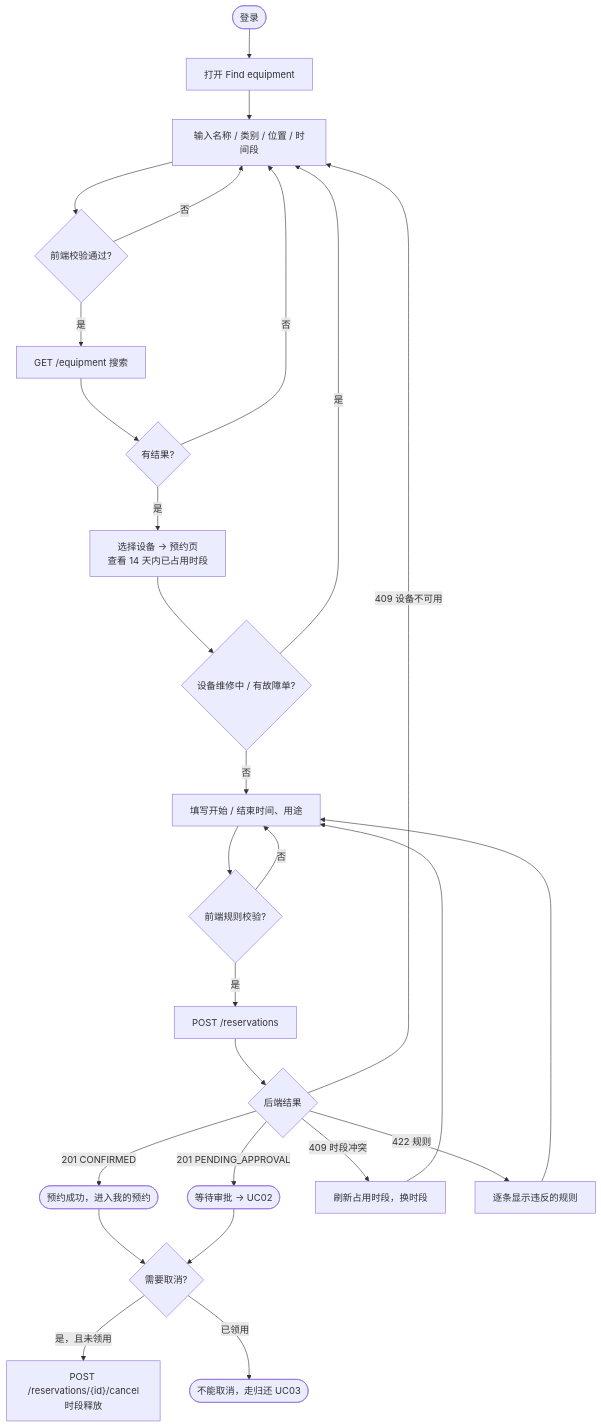
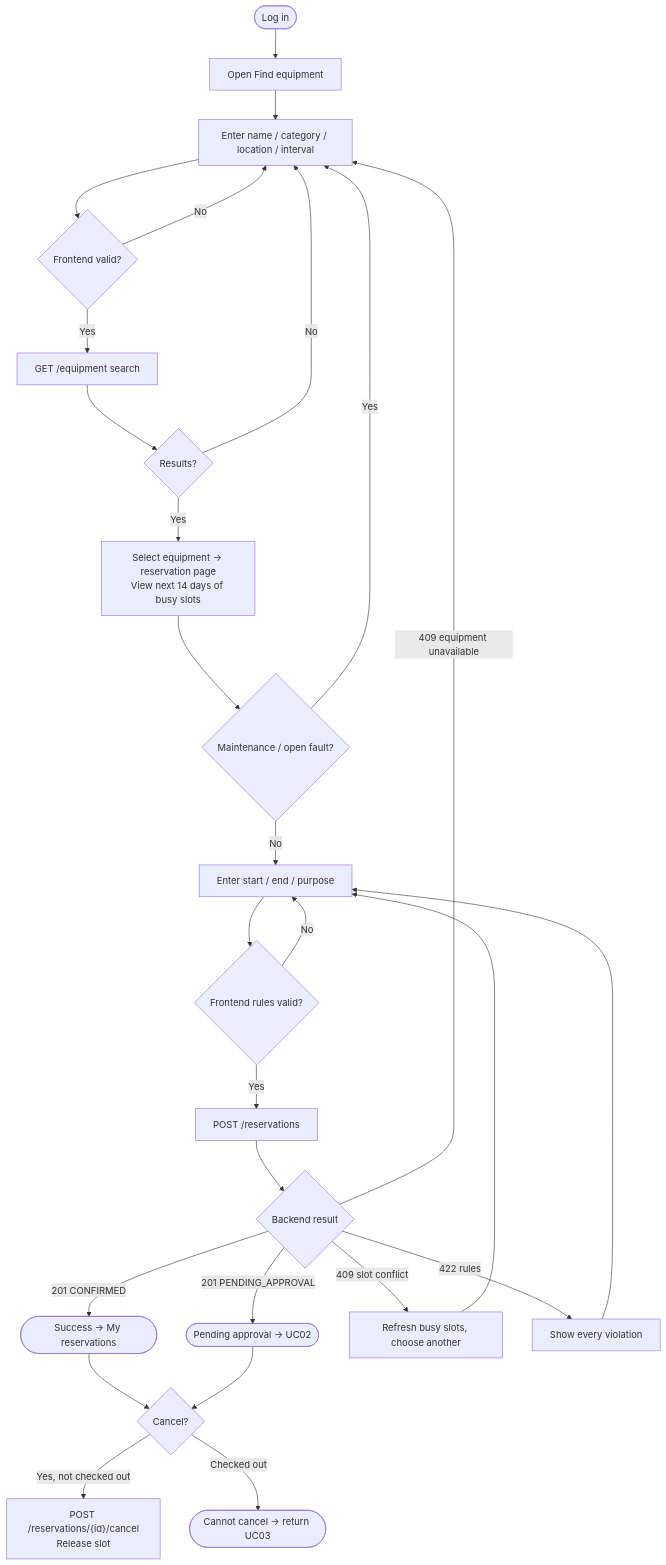
The diagram in docs/diagrams/uc01-activity.mmd (YukiOvOb/AGFP), drawn with Mermaid before and after one commit. The commit also changed 50 other files, not shown here.

```diff
--- a/docs/diagrams/uc01-activity.mmd
+++ b/docs/diagrams/uc01-activity.mmd
@@ -1,26 +1,26 @@
-%% UC01 搜索并预约设备 — 活动图（借用人视角）
+%% UC01 Search and Reserve Equipment — Activity Diagram (Borrower)
 flowchart TD
-  A([登录]) --> B[打开 Find equipment]
-  B --> C[输入名称 / 类别 / 位置 / 时间段]
-  C --> D{前端校验通过?}
-  D -- 否 --> C
-  D -- 是 --> E[GET /equipment 搜索]
-  E --> F{有结果?}
-  F -- 否 --> C
-  F -- 是 --> G[选择设备 → 预约页<br/>查看 14 天内已占用时段]
-  G --> H{设备维修中 / 有故障单?}
-  H -- 是 --> C
-  H -- 否 --> I[填写开始 / 结束时间、用途]
-  I --> J{前端规则校验?}
-  J -- 否 --> I
-  J -- 是 --> K[POST /reservations]
-  K --> L{后端结果}
-  L -- 201 CONFIRMED --> M([预约成功，进入我的预约])
-  L -- 201 PENDING_APPROVAL --> N([等待审批 → UC02])
-  L -- 409 时段冲突 --> O[刷新占用时段，换时段] --> I
-  L -- 422 规则 --> P[逐条显示违反的规则] --> I
-  L -- 409 设备不可用 --> C
-  M --> Q{需要取消?}
+  A([Log in]) --> B[Open Find equipment]
+  B --> C[Enter name / category / location / interval]
+  C --> D{Frontend valid?}
+  D -- No --> C
+  D -- Yes --> E[GET /equipment search]
+  E --> F{Results?}
+  F -- No --> C
+  F -- Yes --> G[Select equipment → reservation page<br/>View next 14 days of busy slots]
+  G --> H{Maintenance / open fault?}
+  H -- Yes --> C
+  H -- No --> I[Enter start / end / purpose]
+  I --> J{Frontend rules valid?}
+  J -- No --> I
+  J -- Yes --> K[POST /reservations]
+  K --> L{Backend result}
+  L -- 201 CONFIRMED --> M([Success → My reservations])
+  L -- 201 PENDING_APPROVAL --> N([Pending approval → UC02])
+  L -- 409 slot conflict --> O[Refresh busy slots, choose another] --> I
+  L -- 422 rules --> P[Show every violation] --> I
+  L -- 409 equipment unavailable --> C
+  M --> Q{Cancel?}
   N --> Q
-  Q -- 是，且未领用 --> R["POST /reservations/{id}/cancel<br/>时段释放"]
-  Q -- 已领用 --> S([不能取消，走归还 UC03])
+  Q -- Yes, not checked out --> R["POST /reservations/{id}/cancel<br/>Release slot"]
+  Q -- Checked out --> S([Cannot cancel → return UC03])
```
